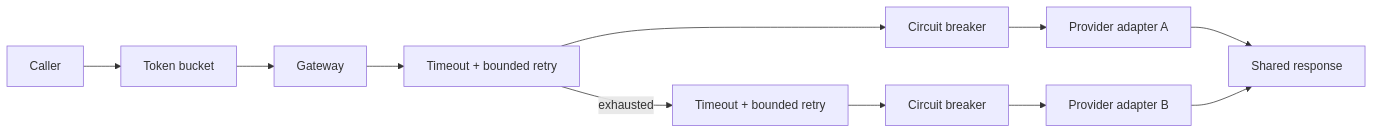
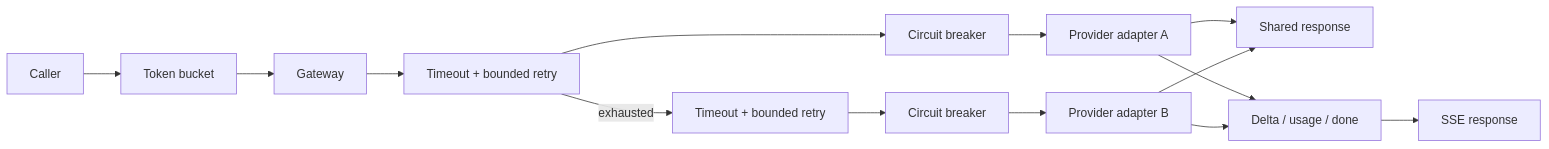
The diagram in docs/architecture.md (aemref/AI-03-multi-provider-ai-gateway), drawn with Mermaid before and after one commit. The commit also changed other lines of this file and 7 other files, not shown here.

````diff
--- a/docs/architecture.md
+++ b/docs/architecture.md
@@ -11,13 +11,16 @@
 ```mermaid
 flowchart LR
     C[Caller] --> L[Token bucket]
     L --> G[Gateway]
     G --> R1[Timeout + bounded retry]
     R1 --> C1[Circuit breaker]
     C1 --> P1[Provider adapter A]
     R1 -- exhausted --> R2[Timeout + bounded retry]
     R2 --> C2[Circuit breaker]
     C2 --> P2[Provider adapter B]
     P1 --> S[Shared response]
     P2 --> S
+    P1 --> E[Delta / usage / done]
+    P2 --> E
+    E --> SSE[SSE response]
 ```
````
